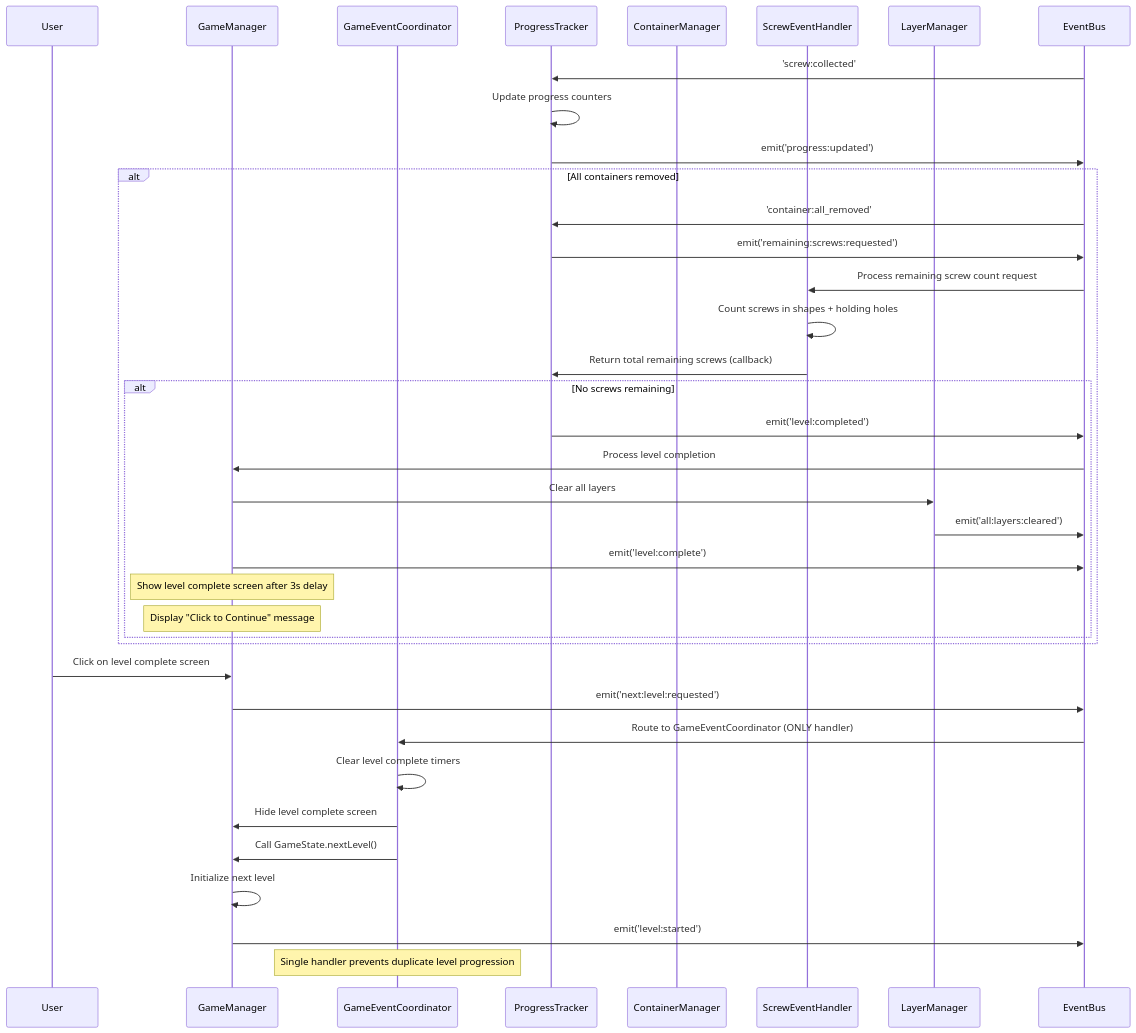
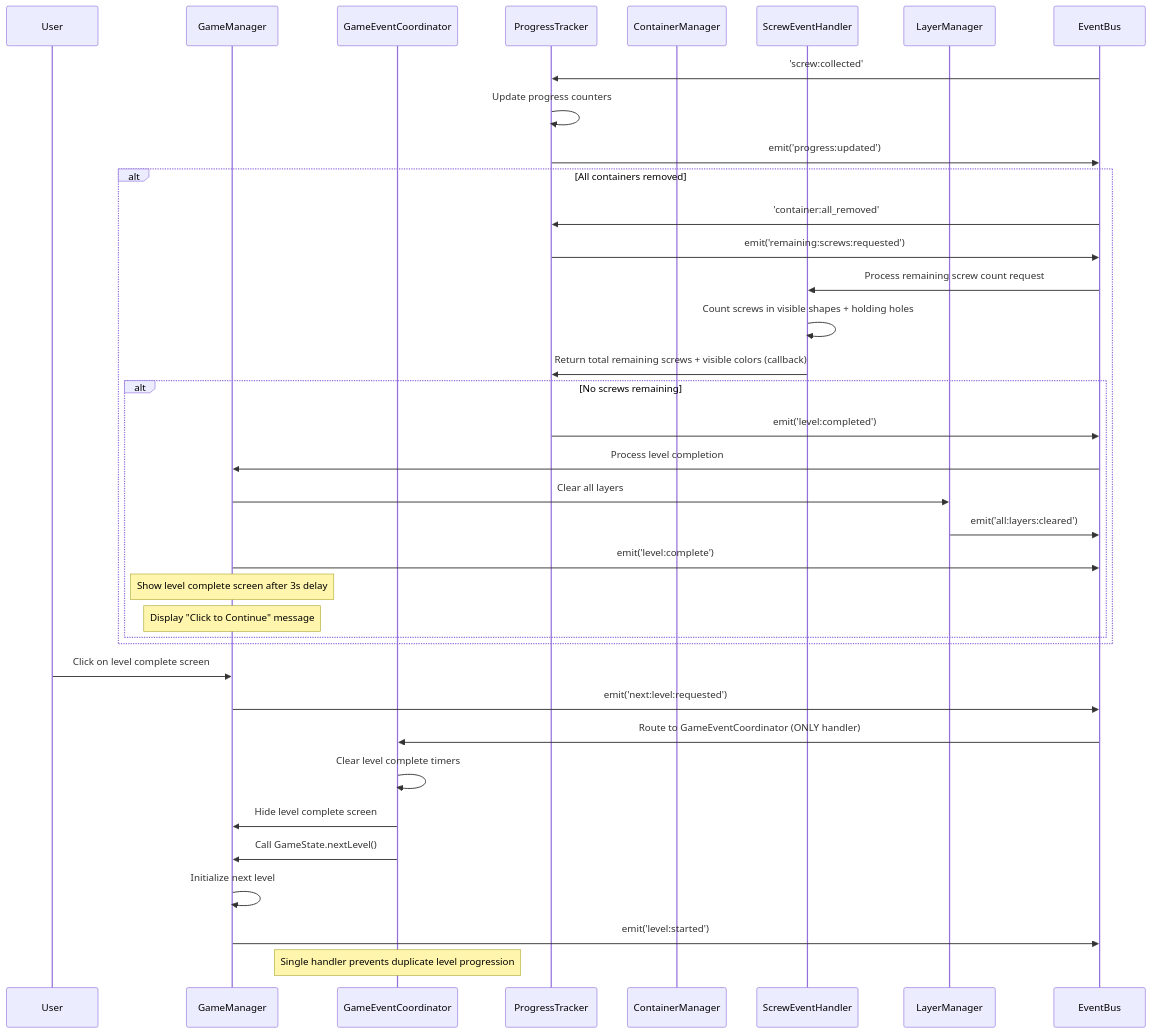
Before and after one commit to paulrobello/par-shape-2d: the third of 6 diagrams in docs/game_event_flows.md, drawn with Mermaid. The commit also changed other lines of this file and 1 other file, not shown here.

First line of the commit message:
docs: update architecture and event flow docs for visible-layer container logic

````diff
--- a/docs/game_event_flows.md
+++ b/docs/game_event_flows.md
@@ -244,45 +246,45 @@
 ```mermaid
 sequenceDiagram
     participant User
     participant GM as GameManager
     participant GEC as GameEventCoordinator
     participant PT as ProgressTracker
     participant CM as ContainerManager
     participant SEH as ScrewEventHandler
     participant LM as LayerManager
     participant EB as EventBus
 
     EB->>PT: 'screw:collected'
     PT->>PT: Update progress counters
     PT->>EB: emit('progress:updated')
     
     alt All containers removed
         EB->>PT: 'container:all_removed'
         PT->>EB: emit('remaining:screws:requested')
         EB->>SEH: Process remaining screw count request
-        SEH->>SEH: Count screws in shapes + holding holes
-        SEH->>PT: Return total remaining screws (callback)
+        SEH->>SEH: Count screws in visible shapes + holding holes
+        SEH->>PT: Return total remaining screws + visible colors (callback)
         
         alt No screws remaining
             PT->>EB: emit('level:completed')
             EB->>GM: Process level completion
             GM->>LM: Clear all layers
             LM->>EB: emit('all:layers:cleared')
             GM->>EB: emit('level:complete')
             
             Note over GM: Show level complete screen after 3s delay
             Note over GM: Display "Click to Continue" message
         end
     end
     
     User->>GM: Click on level complete screen
     GM->>EB: emit('next:level:requested')
     EB->>GEC: Route to GameEventCoordinator (ONLY handler)
     GEC->>GEC: Clear level complete timers
     GEC->>GM: Hide level complete screen
     GEC->>GM: Call GameState.nextLevel()
     GM->>GM: Initialize next level
     GM->>EB: emit('level:started')
     
     Note over GEC: Single handler prevents duplicate level progression
 ```
````
